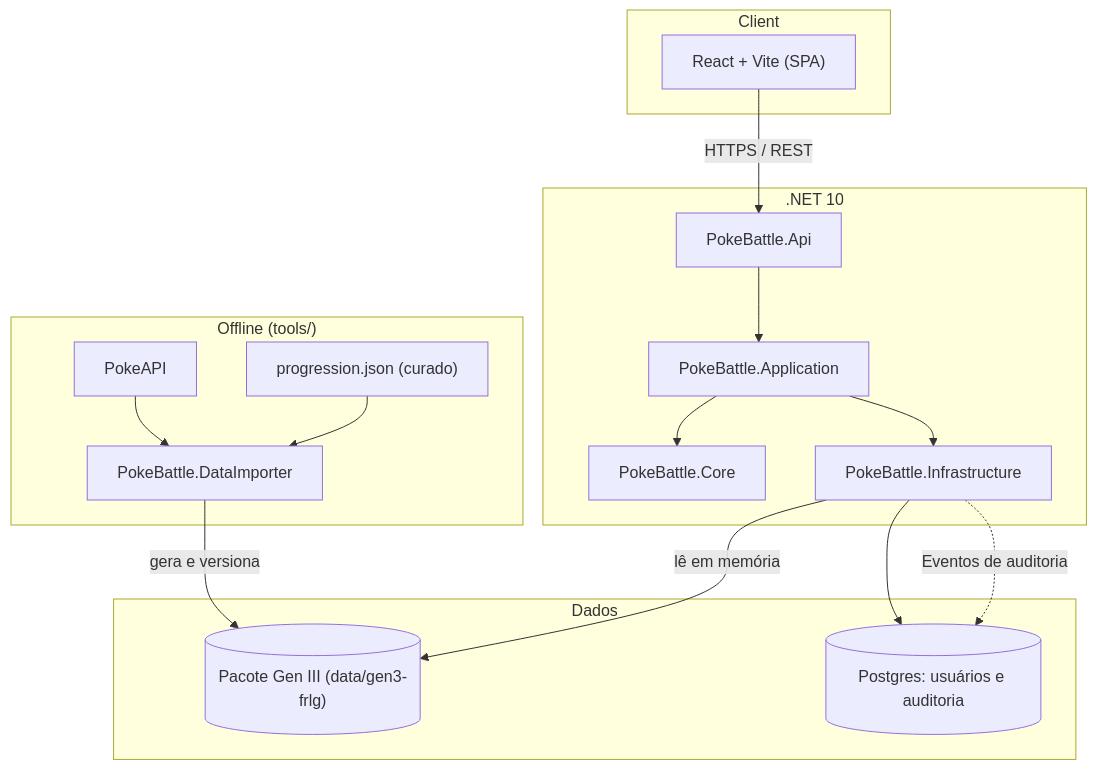
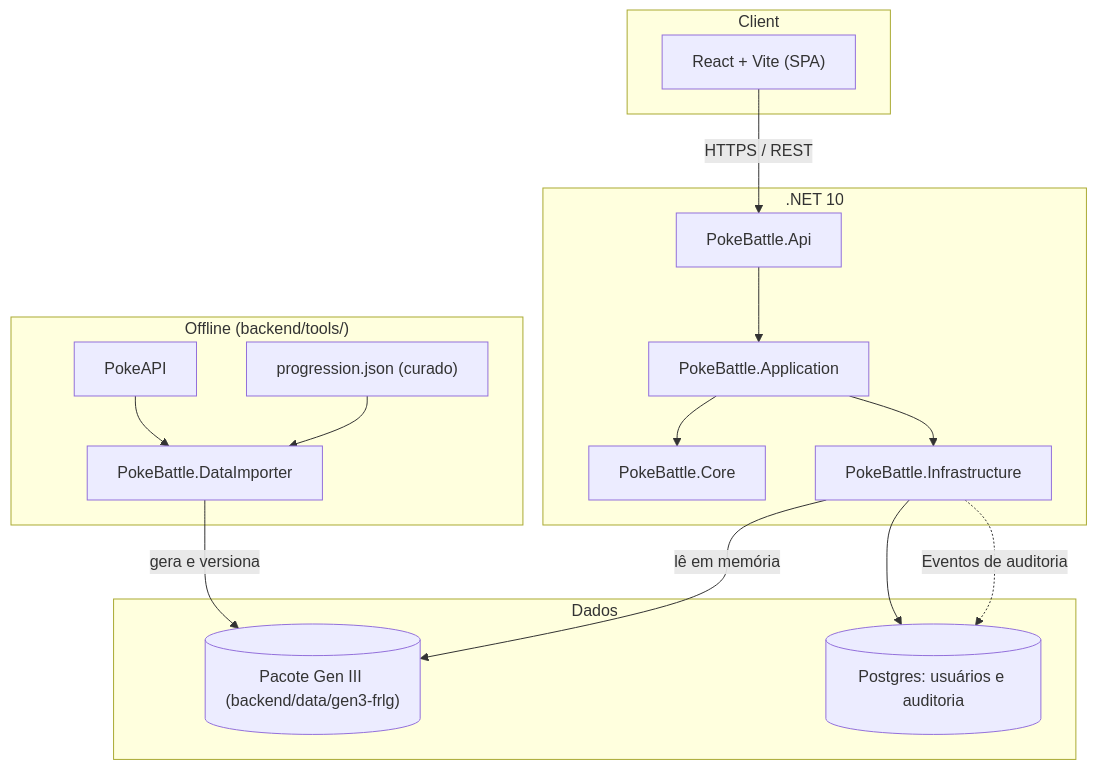
The first of 4 diagrams in docs/arquitetura.md (tabskey/PokeLens), drawn with Mermaid before and after one commit. The commit also changed other lines of this file and 115 other files, not shown here.

````diff
--- a/docs/arquitetura.md
+++ b/docs/arquitetura.md
@@ -38,35 +38,35 @@
 ```mermaid
 graph TD
     subgraph Client
         FE["React + Vite (SPA)"]
     end
 
     subgraph Backend[".NET 10"]
         API["PokeBattle.Api"]
         APP["PokeBattle.Application"]
         CORE["PokeBattle.Core"]
         INFRA["PokeBattle.Infrastructure"]
     end
 
-    subgraph Build["Offline (tools/)"]
+    subgraph Build["Offline (backend/tools/)"]
         IMPORTER["PokeBattle.DataImporter"]
         POKEAPI["PokeAPI"]
         CURATED["progression.json (curado)"]
     end
 
     subgraph Data["Dados"]
-        PACK[("Pacote Gen III (data/gen3-frlg)")]
+        PACK[("Pacote Gen III (backend/data/gen3-frlg)")]
         DB[("Postgres: usuários e auditoria")]
     end
 
     FE -->|"HTTPS / REST"| API
     API --> APP
     APP --> CORE
     APP --> INFRA
     POKEAPI --> IMPORTER
     CURATED --> IMPORTER
     IMPORTER -->|"gera e versiona"| PACK
     INFRA -->|"lê em memória"| PACK
     INFRA --> DB
     INFRA -.->|"Eventos de auditoria"| DB
 ```
````
